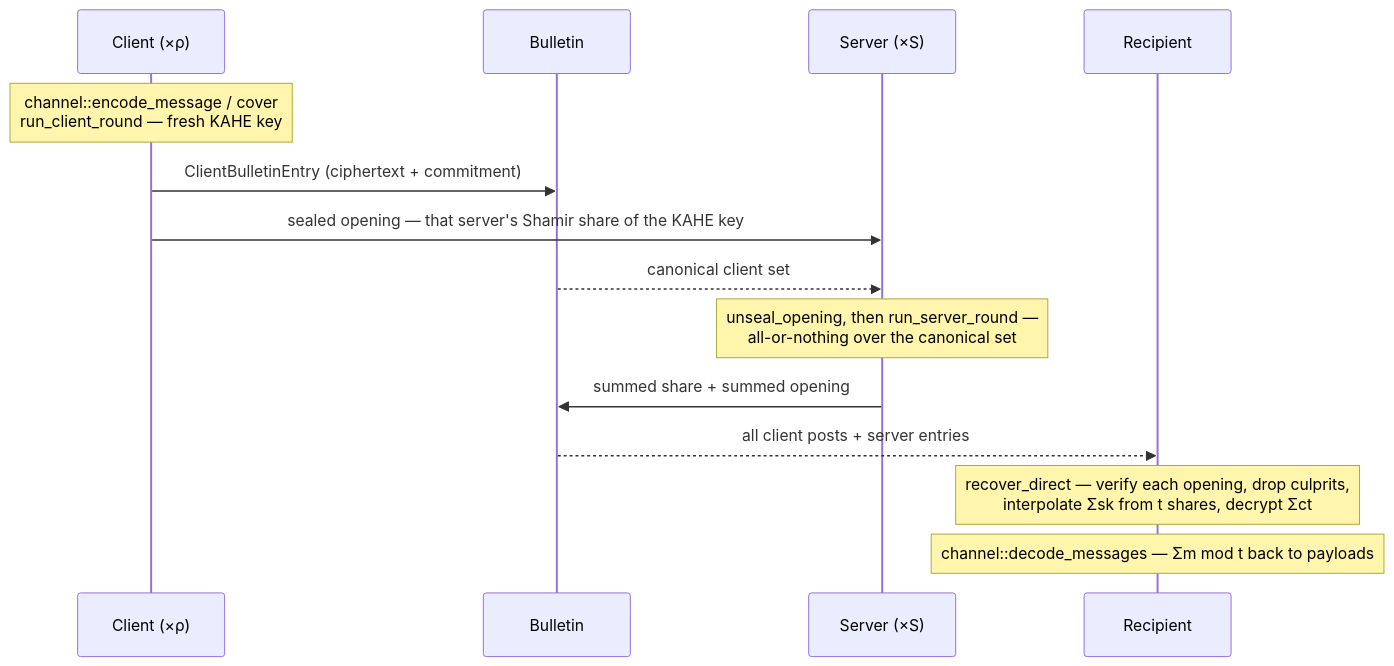
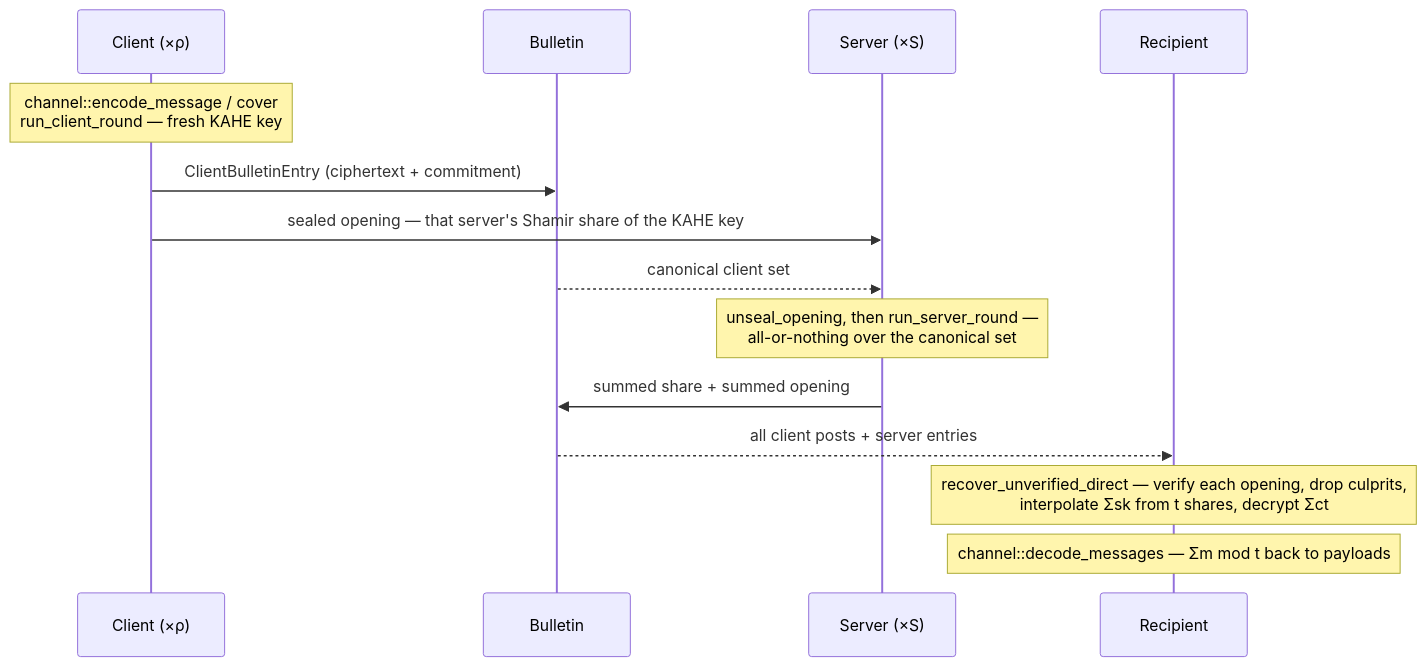
One commit to flashbots/panetiere changed the second of 2 diagrams in README.md. Above: the diagram before and after it, drawn with Mermaid. The commit also changed other lines of this file and 18 other files, not shown here.

````diff
--- a/README.md
+++ b/README.md
@@ -111,17 +121,17 @@
 ```mermaid
 sequenceDiagram
     participant C as Client (×ρ)
     participant B as Bulletin
     participant S as Server (×S)
     participant R as Recipient
 
     Note over C: channel::encode_message / cover<br/>run_client_round — fresh KAHE key
     C->>B: ClientBulletinEntry (ciphertext + commitment)
     C->>S: sealed opening — that server's Shamir share of the KAHE key
     B-->>S: canonical client set
     Note over S: unseal_opening, then run_server_round —<br/>all-or-nothing over the canonical set
     S->>B: summed share + summed opening
     B-->>R: all client posts + server entries
-    Note over R: recover_direct — verify each opening, drop culprits,<br/>interpolate Σsk from t shares, decrypt Σct
+    Note over R: recover_unverified_direct — verify each opening, drop culprits,<br/>interpolate Σsk from t shares, decrypt Σct
     Note over R: channel::decode_messages — Σm mod t back to payloads
 ```
````
